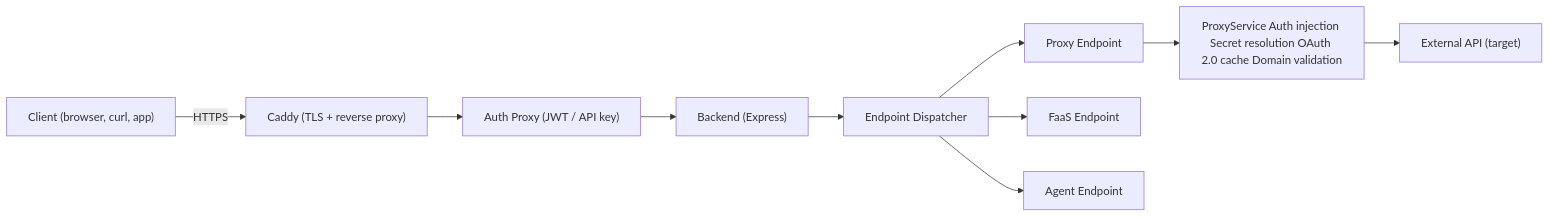
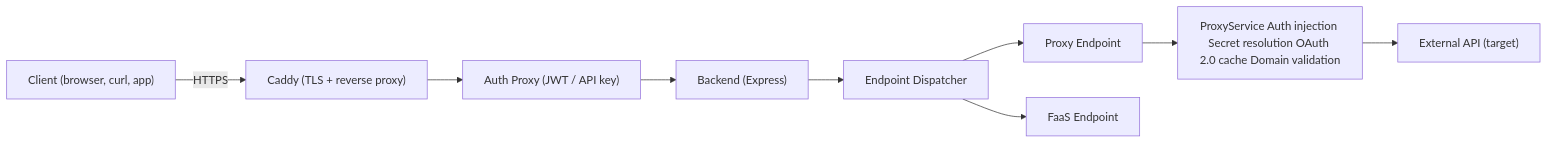
One commit to threadedstack/threadedstack changed the second of 3 diagrams in docs/features/proxy-endpoints.md. Above: the diagram before and after it, drawn with Mermaid. The commit also changed other lines of this file and 45 other files, not shown here.

````diff
--- a/docs/features/proxy-endpoints.md
+++ b/docs/features/proxy-endpoints.md
@@ -63,17 +62,16 @@
 ```mermaid
 flowchart LR
   Client["Client (browser, curl, app)"]
   Caddy["Caddy (TLS + reverse proxy)"]
   Auth["Auth Proxy (JWT / API key)"]
   Backend["Backend (Express)"]
 
   Client -->|HTTPS| Caddy --> Auth --> Backend
 
   Backend --> Dispatcher["Endpoint Dispatcher"]
   Dispatcher --> ProxyEP["Proxy Endpoint"]
   Dispatcher --> FaaSEP["FaaS Endpoint"]
-  Dispatcher --> AgentEP["Agent Endpoint"]
 
   ProxyEP --> ProxySvc["ProxyService Auth injection Secret resolution OAuth 2.0 cache Domain validation"]
   ProxySvc --> ExtAPI["External API (target)"]
 ```
````
